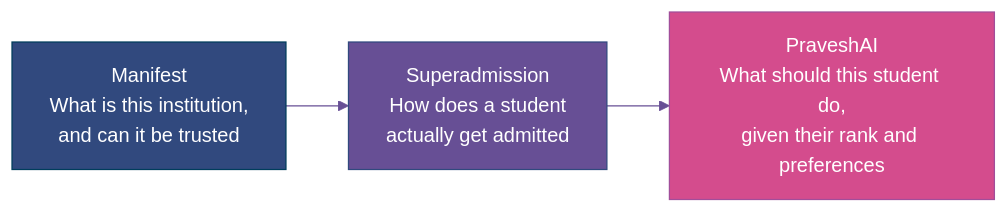
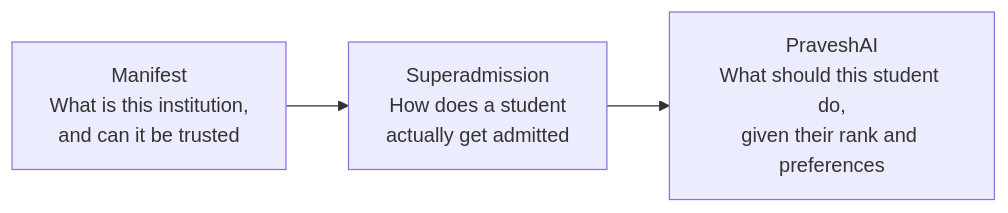
One commit to aashrutsharma/whitepaper changed the diagram in technical/what-is-manifest.mdx. Above: the diagram before and after it, drawn with Mermaid. The commit also changed 16 other files, not shown here.

````diff
--- a/technical/what-is-manifest.mdx
+++ b/technical/what-is-manifest.mdx
@@ -12,20 +12,6 @@
 ```mermaid
-%%{init: {
-  'theme': 'base',
-  'themeVariables': {
-    'primaryColor': '#003d5c',
-    'primaryTextColor': '#ffffff',
-    'primaryBorderColor': '#31497e',
-    'lineColor': '#674f95',
-    'background': 'transparent',
-    'fontFamily': 'Inter, sans-serif'
-  }
-}}%%
+
 flowchart LR
     M["Manifest\nWhat is this institution,\nand can it be trusted"] --> S["Superadmission\nHow does a student\nactually get admitted"]
     S --> P["PraveshAI\nWhat should this student do,\ngiven their rank and preferences"]
-
-    style M fill:#31497e,stroke:#003d5c,color:#fff
-    style S fill:#674f95,stroke:#31497e,color:#fff
-    style P fill:#d44c8d,stroke:#a14e9a,color:#fff
 ```
````
